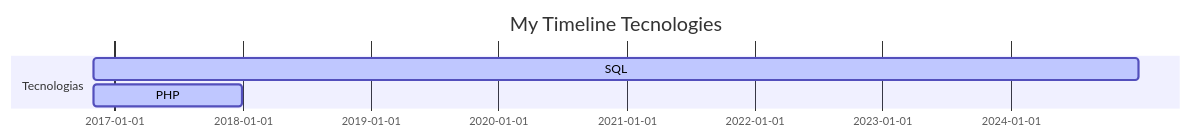
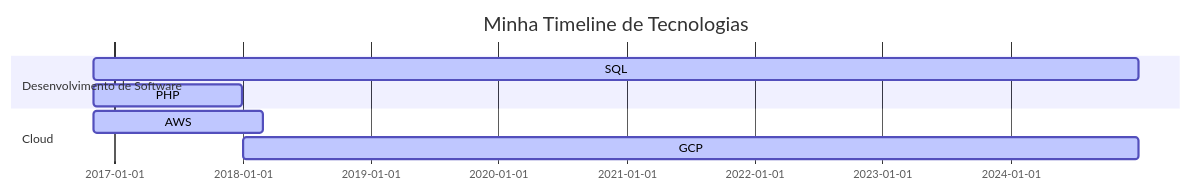
The diagram in README.md (ArturAlvesC/ArturAlvesC), drawn with Mermaid before and after one commit.

````diff
--- a/README.md
+++ b/README.md
@@ -6,9 +6,14 @@
 ```mermaid
 gantt
 dateFormat  YYYY-MM-DD
-title My Timeline Tecnologies
-
-section Tecnologias
+title Minha Timeline de Tecnologias
+section Desenvolvimento de Software
 SQL           :active,, 2016-11-01,2024-12-31
 PHP           :active,, 2016-11-01,2017-12-31
+
+section Engenharia de Dados
+
+section Cloud
+AWS           :active,, 2016-11-01,2018-02-28
+GCP           :active,, 2018-01-01,2024-12-31
 ```
````
